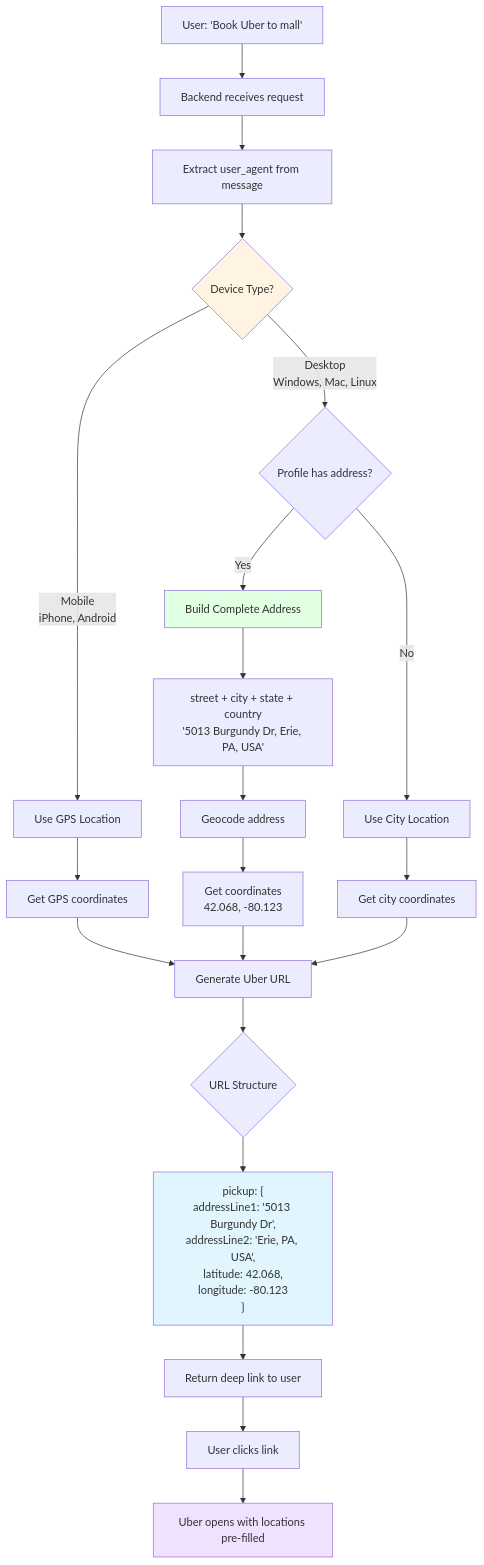
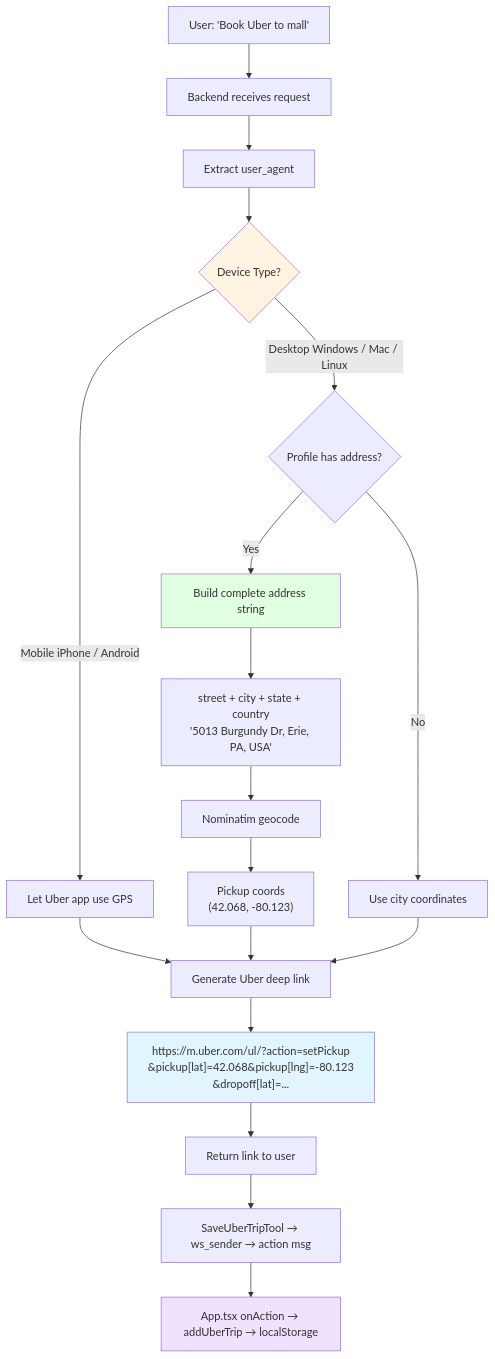
Before and after one commit to saikiranaravala/PersonalizedVoiceLocationAwareAgent: the seventh of 31 diagrams in docs/DIAGRAMS.md, drawn with Mermaid. The commit also changed other lines of this file and 4 other files, not shown here.

````diff
--- a/docs/DIAGRAMS.md
+++ b/docs/DIAGRAMS.md
@@ -190,35 +259,31 @@
 ```mermaid
 flowchart TD
-    A[User: 'Book Uber to mall'] --> B[Backend receives request]
-    B --> C[Extract user_agent from message]
+    A["User: 'Book Uber to mall'"] --> B[Backend receives request]
+    B --> C[Extract user_agent]
     C --> D{Device Type?}
-    
-    D -->|Mobile<br/>iPhone, Android| E[Use GPS Location]
-    D -->|Desktop<br/>Windows, Mac, Linux| F{Profile has address?}
-    
-    F -->|Yes| G[Build Complete Address]
-    F -->|No| H[Use City Location]
-    
-    G --> I["street + city + state + country<br/>'5013 Burgundy Dr, Erie, PA, USA'"]
-    I --> J[Geocode address]
-    J --> K[Get coordinates<br/>42.068, -80.123]
-    
-    E --> L[Get GPS coordinates]
-    H --> M[Get city coordinates]
-    
-    K --> N[Generate Uber URL]
-    L --> N
-    M --> N
-    
-    N --> O{URL Structure}
-    O --> P["pickup: {<br/>addressLine1: '5013 Burgundy Dr',<br/>addressLine2: 'Erie, PA, USA',<br/>latitude: 42.068,<br/>longitude: -80.123<br/>}"]
-    
-    P --> Q[Return deep link to user]
-    Q --> R[User clicks link]
-    R --> S[Uber opens with locations pre-filled]
-    
+
+    D -->|Mobile iPhone / Android| E[Let Uber app use GPS]
+    D -->|Desktop Windows / Mac / Linux| F{Profile has address?}
+
+    F -->|Yes| G[Build complete address string]
+    F -->|No| H[Use city coordinates]
+
+    G --> I["street + city + state + country\n'5013 Burgundy Dr, Erie, PA, USA'"]
+    I --> J[Nominatim geocode]
+    J --> K["Pickup coords\n(42.068, -80.123)"]
+
+    K --> N[Generate Uber deep link]
+    E --> N
+    H --> N
+
+    N --> O["https://m.uber.com/ul/?action=setPickup\n&pickup[lat]=42.068&pickup[lng]=-80.123\n&dropoff[lat]=..."]
+
+    O --> P[Return link to user]
+    P --> Q[SaveUberTripTool → ws_sender → action msg]
+    Q --> R[App.tsx onAction → addUberTrip → localStorage]
+
     style D fill:#fff4e1
     style G fill:#e1ffe1
-    style P fill:#e1f5ff
-    style S fill:#f0e1ff
+    style O fill:#e1f5ff
+    style R fill:#f0e1ff
 ```
````
